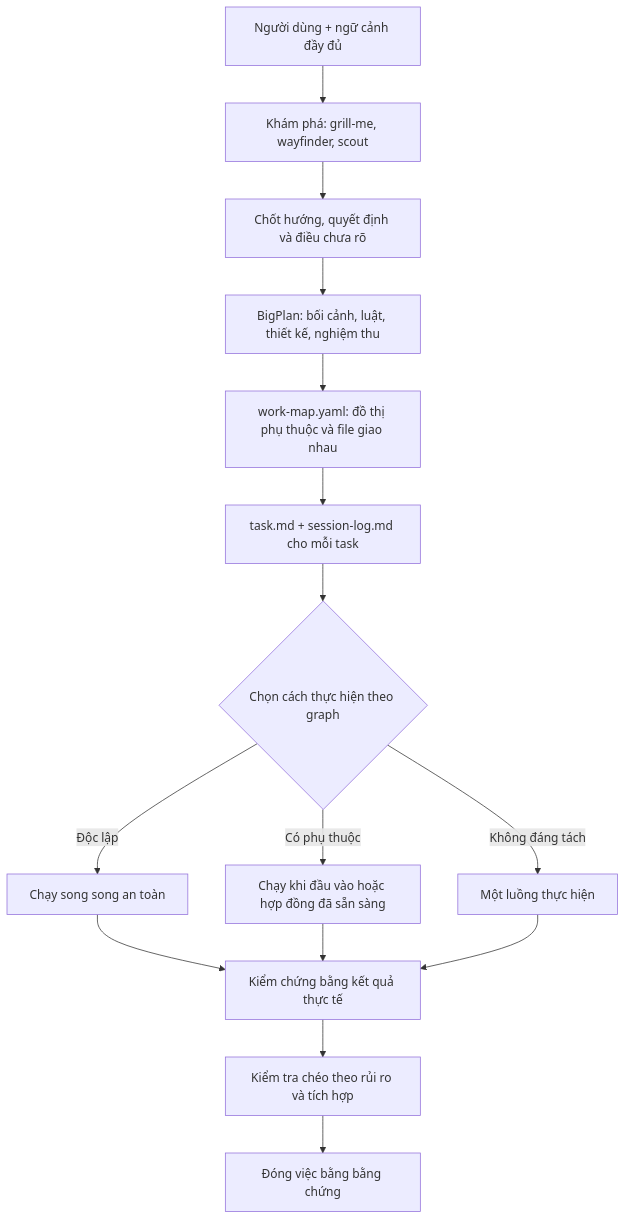
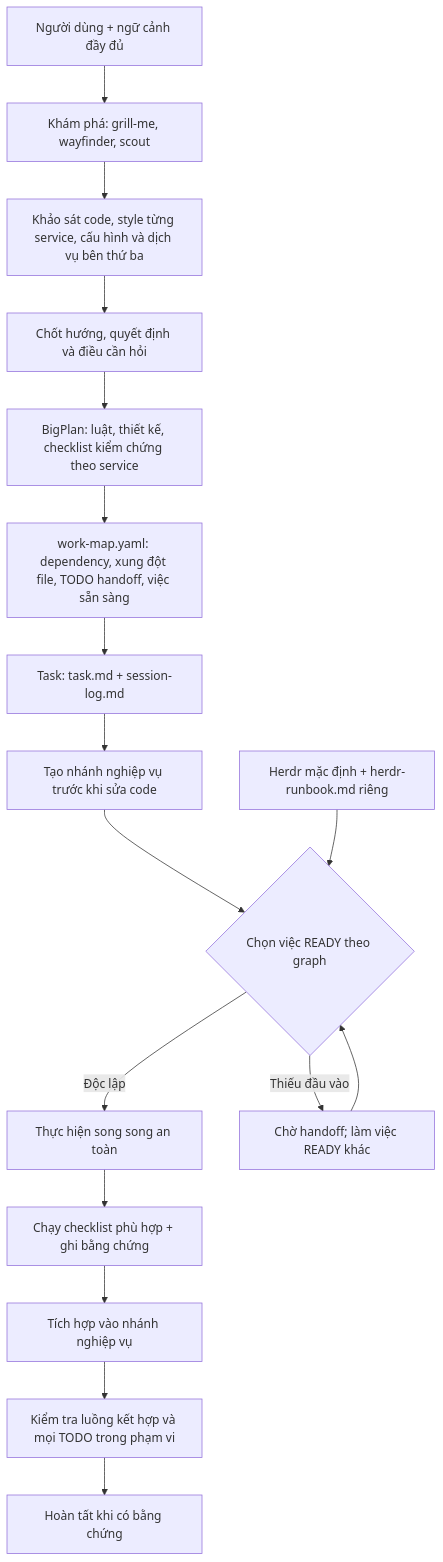
One commit to ddicgegd/herdr-skill changed the diagram in README.md. Above: the diagram before and after it, drawn with Mermaid. The commit also changed other lines of this file and 7 other files, not shown here.

```diff
--- a/README.md
+++ b/README.md
@@ -13,17 +15,19 @@
 ~~~mermaid
 flowchart TD
     A[Người dùng + ngữ cảnh đầy đủ] --> B[Khám phá: grill-me, wayfinder, scout]
-    B --> C[Chốt hướng, quyết định và điều chưa rõ]
-    C --> D[BigPlan: bối cảnh, luật, thiết kế, nghiệm thu]
-    D --> E[work-map.yaml: đồ thị phụ thuộc và file giao nhau]
-    E --> F[task.md + session-log.md cho mỗi task]
-    F --> G{Chọn cách thực hiện theo graph}
-    G -->|Độc lập| H[Chạy song song an toàn]
-    G -->|Có phụ thuộc| I[Chạy khi đầu vào hoặc hợp đồng đã sẵn sàng]
-    G -->|Không đáng tách| J[Một luồng thực hiện]
-    H --> K[Kiểm chứng bằng kết quả thực tế]
-    I --> K
-    J --> K
-    K --> L[Kiểm tra chéo theo rủi ro và tích hợp]
-    L --> M[Đóng việc bằng bằng chứng]
+    B --> C[Khảo sát code, style từng service, cấu hình và dịch vụ bên thứ ba]
+    C --> D[Chốt hướng, quyết định và điều cần hỏi]
+    D --> E[BigPlan: luật, thiết kế, checklist kiểm chứng theo service]
+    E --> F[work-map.yaml: dependency, xung đột file, TODO handoff, việc sẵn sàng]
+    F --> G[Task: task.md + session-log.md]
+    G --> H[Tạo nhánh nghiệp vụ trước khi sửa code]
+    H --> I{Chọn việc READY theo graph}
+    I -->|Độc lập| J[Thực hiện song song an toàn]
+    I -->|Thiếu đầu vào| K[Chờ handoff; làm việc READY khác]
+    J --> L[Chạy checklist phù hợp + ghi bằng chứng]
+    K --> I
+    L --> M[Tích hợp vào nhánh nghiệp vụ]
+    M --> N[Kiểm tra luồng kết hợp và mọi TODO trong phạm vi]
+    N --> O[Hoàn tất khi có bằng chứng]
+    P[Herdr mặc định + herdr-runbook.md riêng] --> I
 ~~~
```
